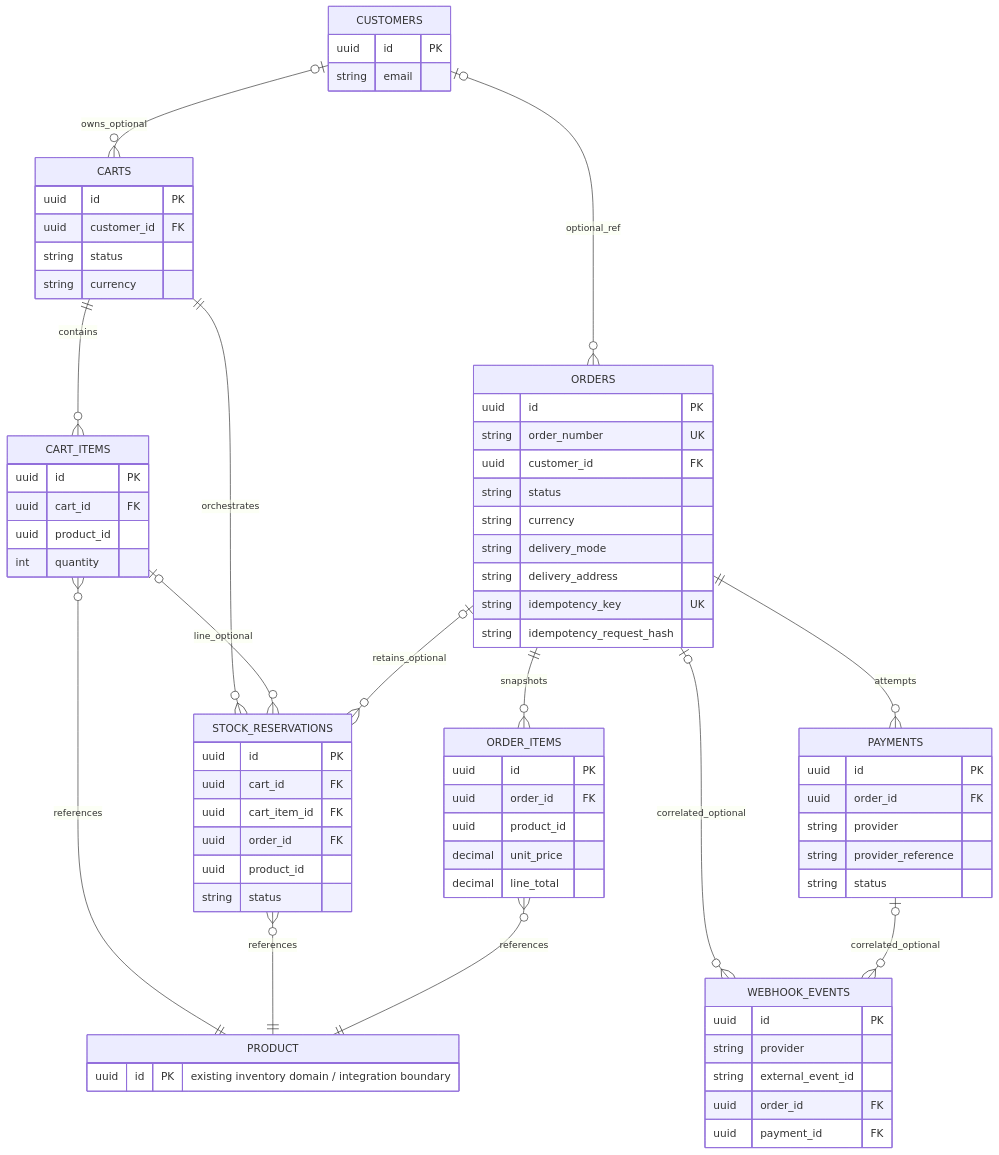
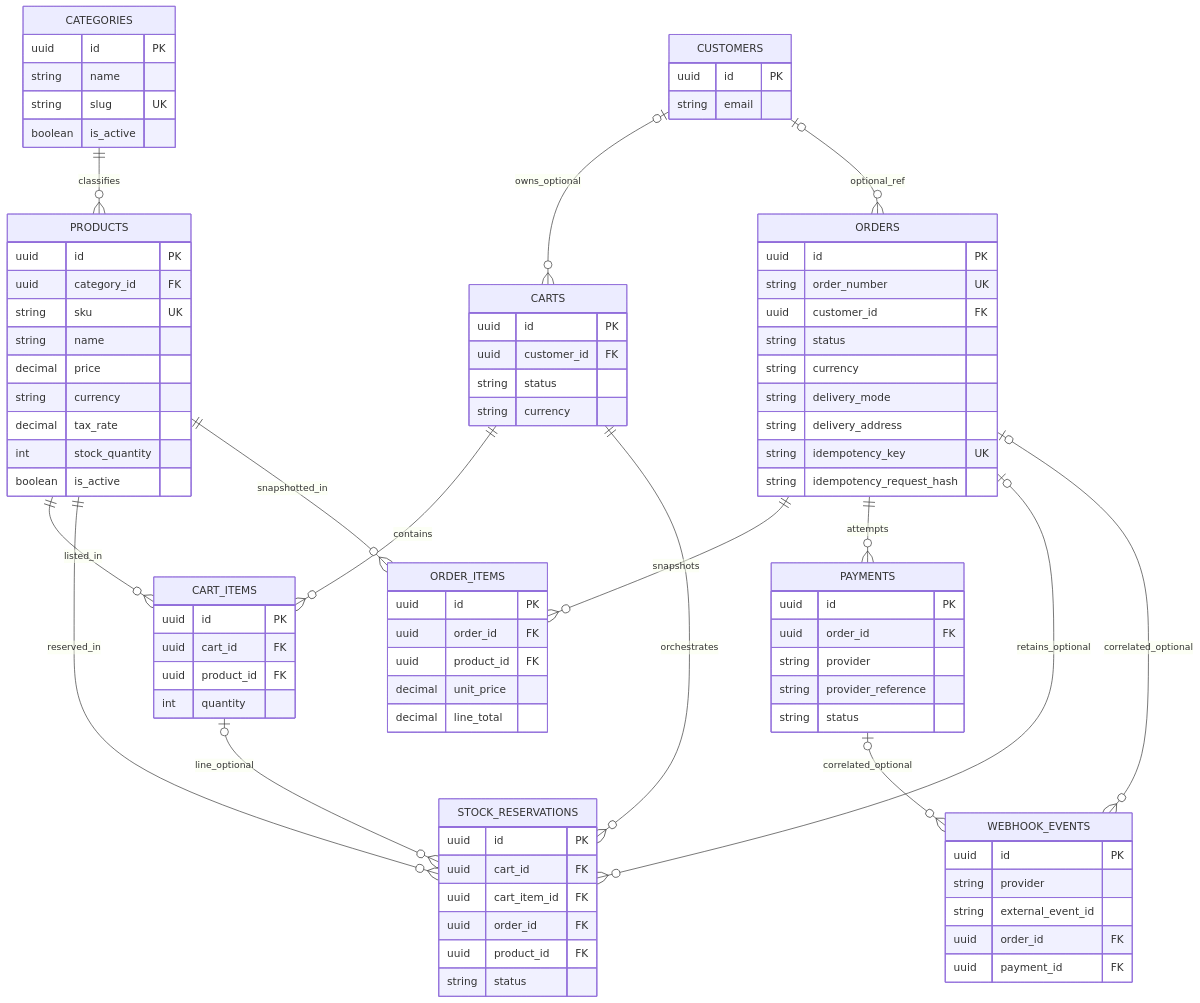
The diagram in docs/architecture/DATA_MODEL.md (RAMA-0611/cedar-harbor), drawn with Mermaid before and after one commit. The commit also changed other lines of this file and 14 other files, not shown here.

````diff
--- a/docs/architecture/DATA_MODEL.md
+++ b/docs/architecture/DATA_MODEL.md
@@ -644,18 +652,38 @@
 ```mermaid
 erDiagram
+  CATEGORIES ||--o{ PRODUCTS : "classifies"
   CUSTOMERS o|--o{ CARTS : "owns_optional"
   CUSTOMERS o|--o{ ORDERS : "optional_ref"
   CARTS ||--o{ CART_ITEMS : "contains"
   CARTS ||--o{ STOCK_RESERVATIONS : "orchestrates"
   CART_ITEMS o|--o{ STOCK_RESERVATIONS : "line_optional"
-  CART_ITEMS }o--|| PRODUCT : "references"
-  STOCK_RESERVATIONS }o--|| PRODUCT : "references"
+  PRODUCTS ||--o{ CART_ITEMS : "listed_in"
+  PRODUCTS ||--o{ STOCK_RESERVATIONS : "reserved_in"
+  PRODUCTS ||--o{ ORDER_ITEMS : "snapshotted_in"
   ORDERS ||--o{ ORDER_ITEMS : "snapshots"
   ORDERS ||--o{ PAYMENTS : "attempts"
   ORDERS o|--o{ STOCK_RESERVATIONS : "retains_optional"
   ORDERS o|--o{ WEBHOOK_EVENTS : "correlated_optional"
   PAYMENTS o|--o{ WEBHOOK_EVENTS : "correlated_optional"
-  ORDER_ITEMS }o--|| PRODUCT : "references"
+
+  CATEGORIES {
+    uuid id PK
+    string name
+    string slug UK
+    boolean is_active
+  }
+
+  PRODUCTS {
+    uuid id PK
+    uuid category_id FK
+    string sku UK
+    string name
+    decimal price
+    string currency
+    decimal tax_rate
+    int stock_quantity
+    boolean is_active
+  }
 
   CUSTOMERS {
     uuid id PK
@@ -672,7 +700,7 @@
   CART_ITEMS {
     uuid id PK
     uuid cart_id FK
-    uuid product_id
+    uuid product_id FK
     int quantity
   }
 
@@ -681,7 +709,7 @@
     uuid cart_id FK
     uuid cart_item_id FK
     uuid order_id FK
-    uuid product_id
+    uuid product_id FK
     string status
   }
 
@@ -700,7 +728,7 @@
   ORDER_ITEMS {
     uuid id PK
     uuid order_id FK
-    uuid product_id
+    uuid product_id FK
     decimal unit_price
     decimal line_total
   }
@@ -720,8 +748,4 @@
     uuid order_id FK
     uuid payment_id FK
   }
-
-  PRODUCT {
-    uuid id PK "existing inventory domain / integration boundary"
-  }
 ```
````
